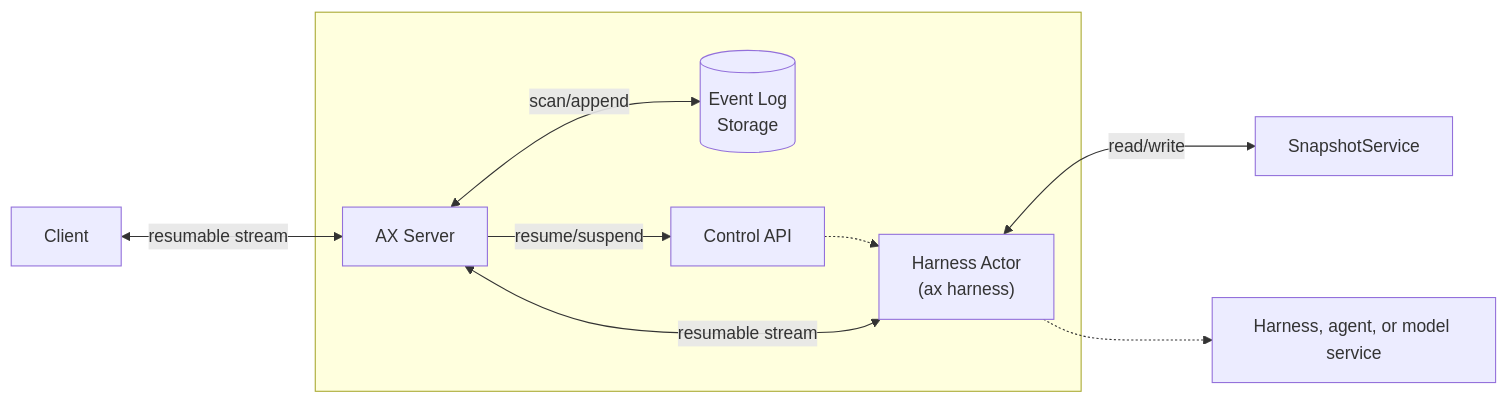
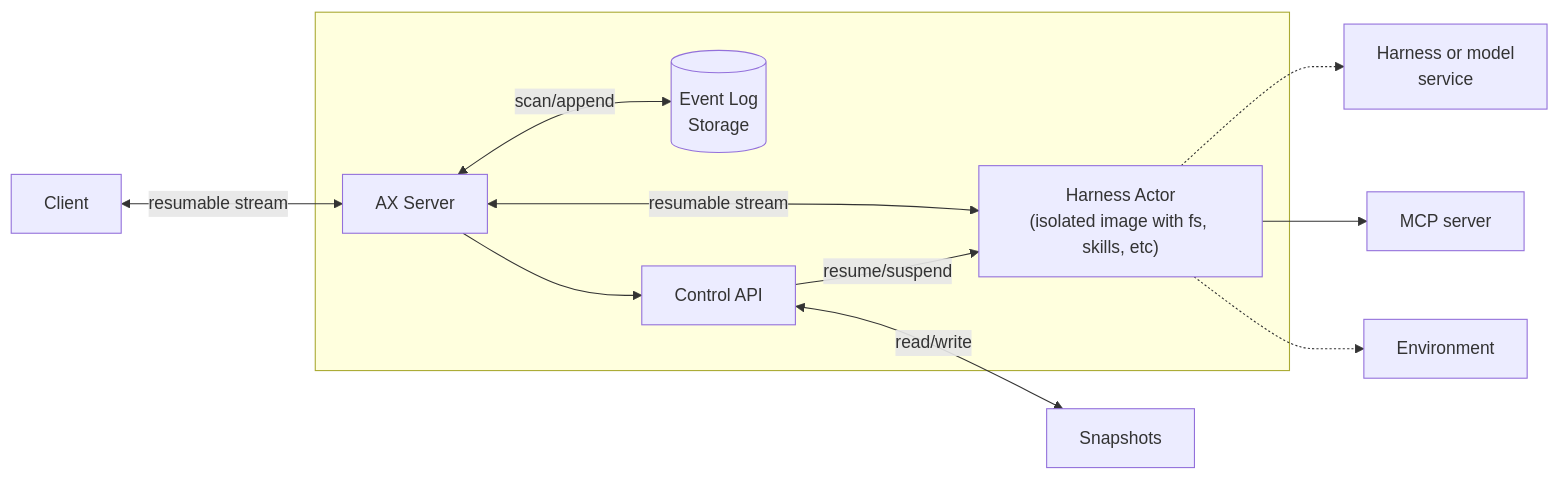
Before and after one commit to google/ax: the diagram in README.md, drawn with Mermaid.

Commit message:
Update the diagram with more details

````diff
--- a/README.md
+++ b/README.md
@@ -44,24 +44,26 @@
 ```mermaid
 %%{init: {"flowchart": {"diagramPadding": 80}}}%%
 graph LR
     Client
 
     subgraph Cluster[" "]
         Server["AX Server"]
         DB[("Event Log"<br/>Storage)]
         ControlService["Control API"]
-        Actor["Harness Actor<br/>(ax harness)"]
-      
+        Actor["Harness Actor<br/>(isolated image with fs, skills, etc)"]
     end
 
-    SnapshotService
-    HarnessService["Harness, agent, or model service"]
+    SnapshotService["Snapshots"]
+    HarnessService["Harness or model<br/>service"]
+    MCPServer["MCP server"]
 
     Client <-->|resumable stream| Server
     Server <-->|scan/append| DB
-    Server -->|resume/suspend| ControlService
-    ControlService -.-> Actor
+    Server --> ControlService
+    ControlService -->|resume/suspend| Actor
     Server <-->|resumable stream| Actor
-    Actor <-->|read/write| SnapshotService
+    ControlService <-->|read/write| SnapshotService
     Actor -.-> HarnessService
+    Actor --> MCPServer
+    Actor -.-> Environment
 ```
````
